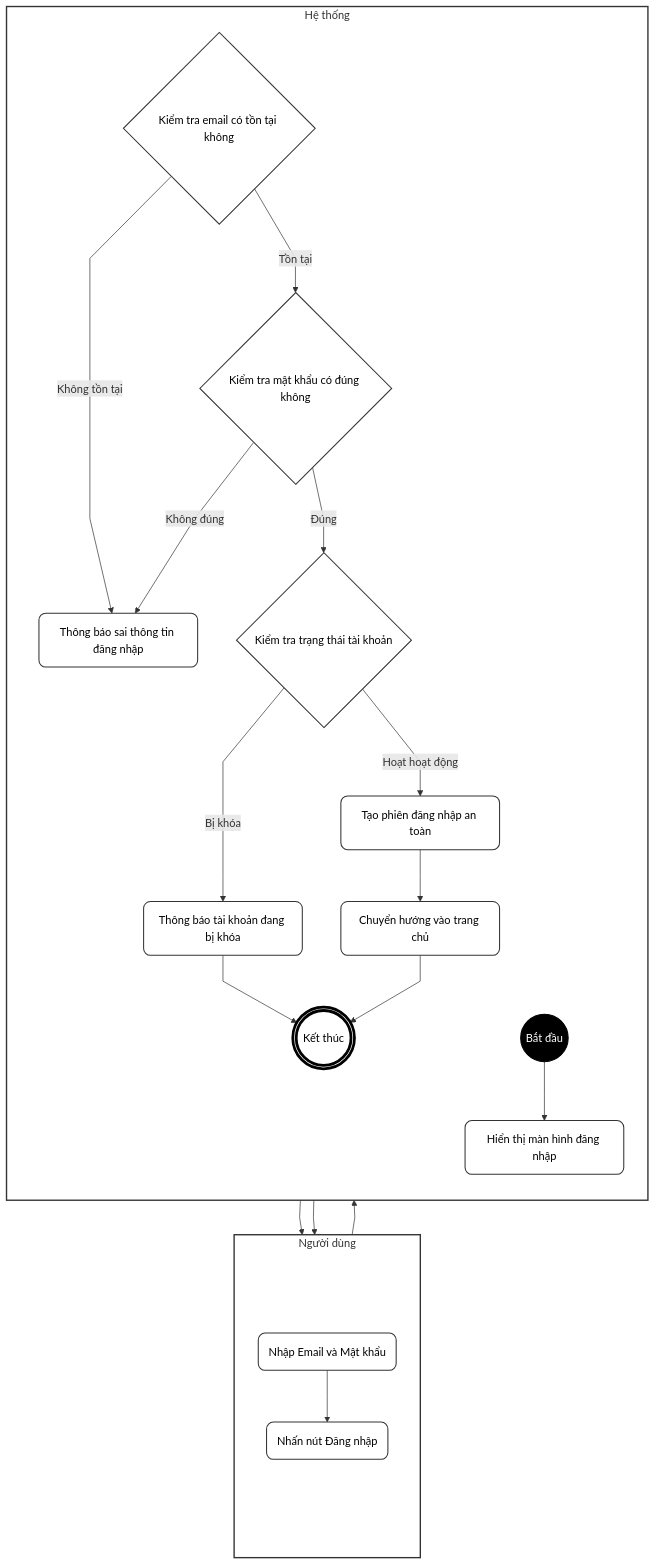
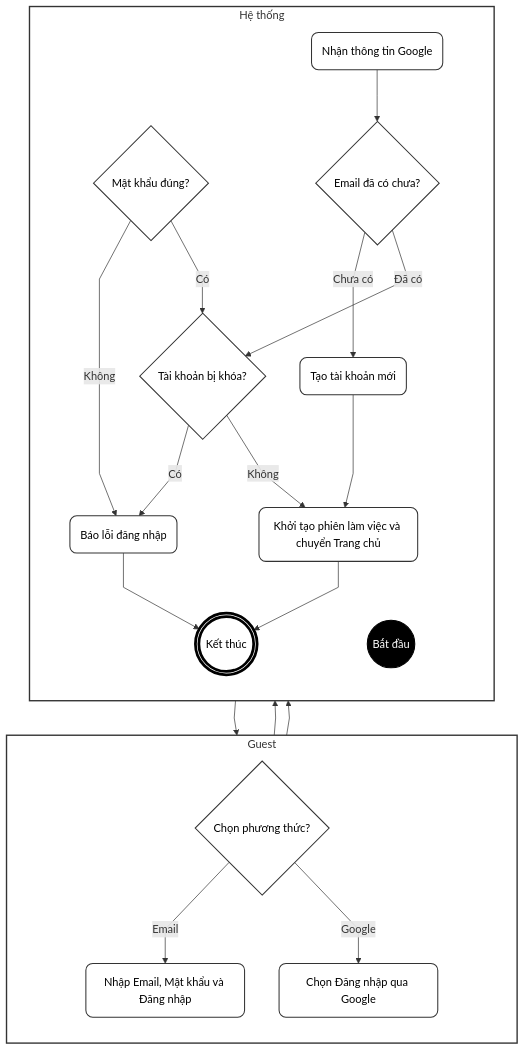
One commit to ChuDucAnh21/BE-quan-ly-su-kien changed the second of 8 diagrams in doc/system_analysis/activity diagram/08a_activity_auth_profile.md. Above: the diagram before and after it, drawn with Mermaid. The commit also changed other lines of this file and 14 other files, not shown here.

````diff
--- a/doc/system_analysis/activity diagram/08a_activity_auth_profile.md
+++ b/doc/system_analysis/activity diagram/08a_activity_auth_profile.md
@@ -76,62 +55,53 @@
 ```mermaid
 %%{init: {"flowchart": {"curve": "linear"}}}%%
 flowchart TD
     classDef default fill:#fff,stroke:#333,stroke-width:1.5px,color:#000,rx:10px,ry:10px;
     classDef startNode fill:#000,stroke:#000,color:#fff;
     classDef endNode fill:#fff,stroke:#000,stroke-width:4px,color:#000;
     classDef hidden fill:none,stroke:none,color:none;
 
-    subgraph TacNhan [Người dùng]
+    subgraph Guest [Guest]
         direction TB
         T_start(" "):::hidden
-        A(Nhập Email và Mật khẩu)
-        B(Nhấn nút Đăng nhập)
+        A{Chọn phương thức?}
+        B(Nhập Email, Mật khẩu và Đăng nhập)
+        C(Chọn Đăng nhập qua Google)
         T_end(" "):::hidden
     end
 
-    subgraph HeThong [Hệ thống]
+    subgraph System [Hệ thống]
         direction TB
         H_start(" "):::hidden
         Start((Bắt đầu)):::startNode
-        C(Hiển thị màn hình đăng nhập)
-        D{Kiểm tra email có tồn tại không}
-        E(Thông báo sai thông tin đăng nhập)
-        F{Kiểm tra mật khẩu có đúng không}
-        G{Kiểm tra trạng thái tài khoản}
-        H(Thông báo tài khoản đang bị khóa)
-        I(Tạo phiên đăng nhập an toàn)
-        J(Chuyển hướng vào trang chủ)
+        D{Mật khẩu đúng?}
+        E{Tài khoản bị khóa?}
+        F(Nhận thông tin Google)
+        G{Email đã có chưa?}
+        H(Tạo tài khoản mới)
+        I(Khởi tạo phiên làm việc và chuyển Trang chủ)
+        J(Báo lỗi đăng nhập)
         End(((Kết thúc))):::endNode
         H_end(" "):::hidden
     end
 
     T_start ~~~ H_start
     T_end ~~~ H_end
-
-    T_start ~~~ A
-    B ~~~ T_end
-
-    H_start ~~~ Start
-    End ~~~ H_end
-
-    Start --> C
-    C --> A
-    A --> B
+    Start --> A
+    A -- Email --> B
     B --> D
-    D -- Không tồn tại --> E
-    E --> A
-
-    D -- Tồn tại --> F
-    F -- Không đúng --> E
-
-    F -- Đúng --> G
-    G -- Bị khóa --> H
-    H --> End
-
-    G -- Hoạt hoạt động --> I
-    I --> J
+    D -- Không --> J
+    D -- Có --> E
+    E -- Có --> J
+    E -- Không --> I
+    A -- Google --> C
+    C --> F
+    F --> G
+    G -- Chưa có --> H
+    H --> I
+    G -- Đã có --> E
+    I --> End
     J --> End
 
-    style TacNhan fill:#fff,stroke:#333,stroke-width:2px
-    style HeThong fill:#fff,stroke:#333,stroke-width:2px
+    style Guest fill:#fff,stroke:#333,stroke-width:2px
+    style System fill:#fff,stroke:#333,stroke-width:2px
 ```
````
